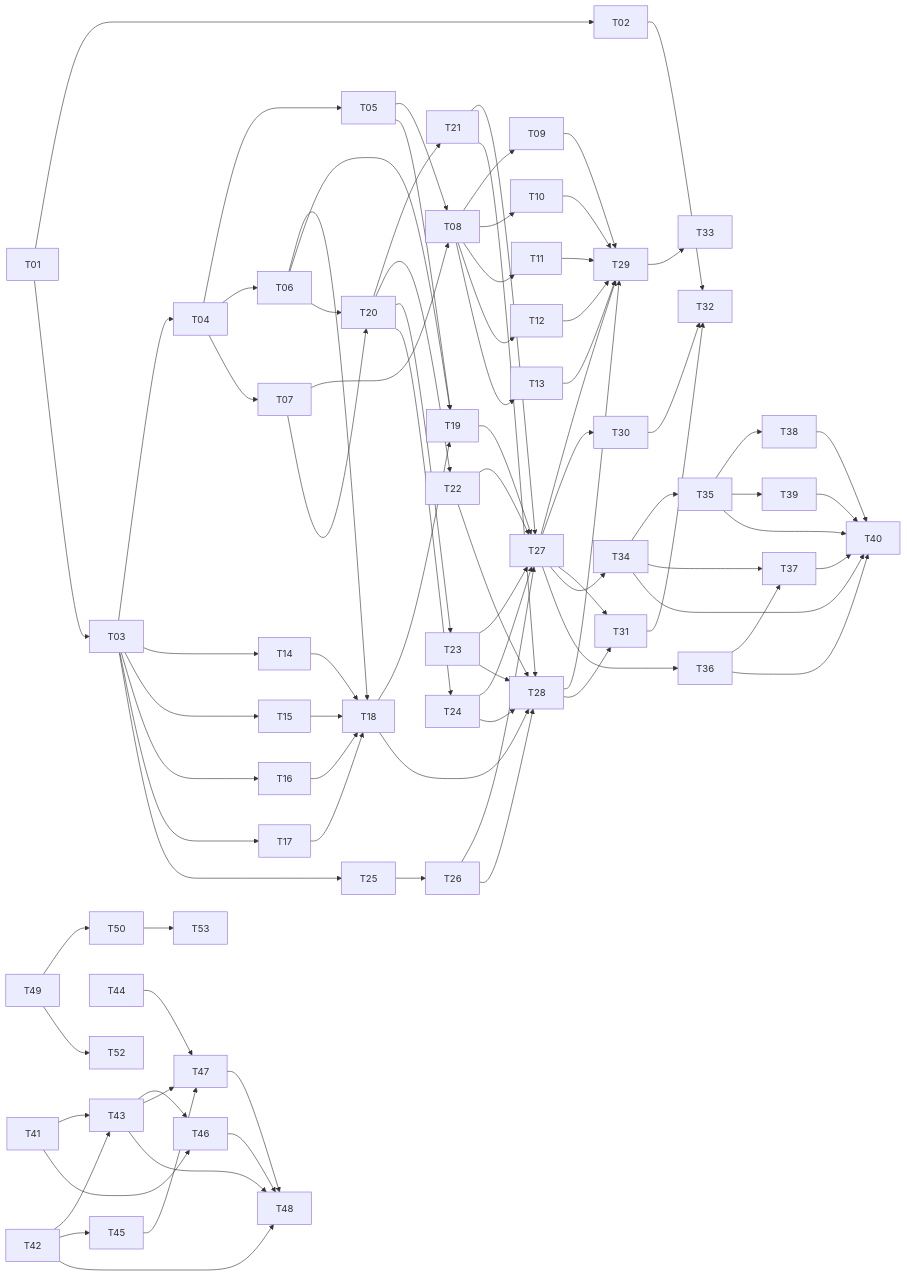
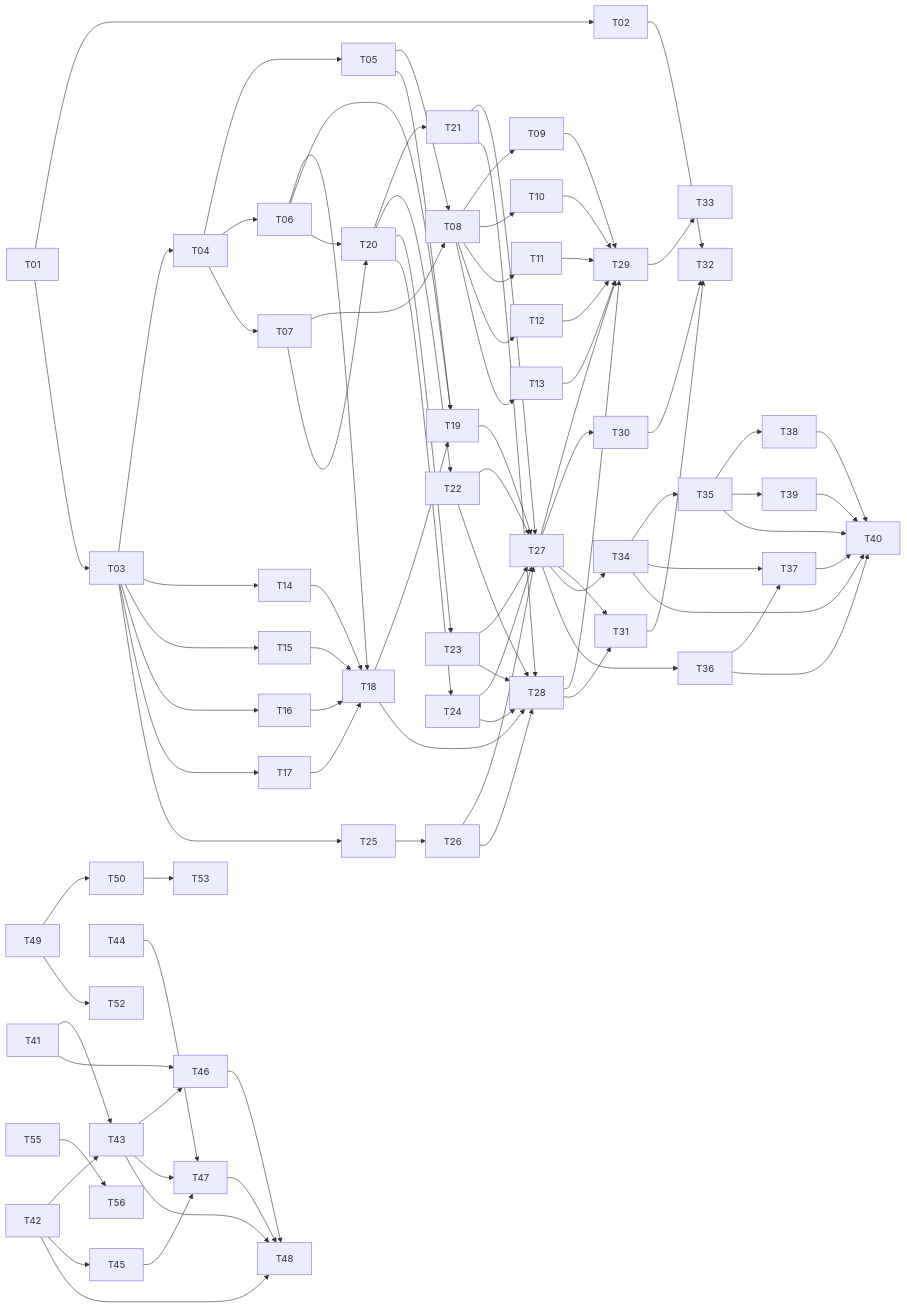
One commit to qivora-labs/agentinit changed the diagram in docs/tasks/README.md. Above: the diagram before and after it, drawn with Mermaid. The commit also changed other lines of this file and 5 other files, not shown here.

````diff
--- a/docs/tasks/README.md
+++ b/docs/tasks/README.md
@@ -46,35 +46,36 @@
 ```mermaid
 graph LR
   T01 --> T02
   T01 --> T03
   T03 --> T04
   T04 --> T05 & T06 & T07
   T05 & T07 --> T08
   T08 --> T09 & T10 & T11 & T12 & T13
   T03 --> T14 & T15 & T16 & T17
   T06 & T14 & T15 & T16 & T17 --> T18
   T05 & T06 & T18 --> T19
   T06 & T07 --> T20
   T20 --> T21 & T22 & T23 & T24
   T03 --> T25
   T25 --> T26
   T19 & T21 & T22 & T23 & T24 & T26 --> T27
   T18 & T21 & T22 & T23 & T24 & T26 --> T28
   T27 & T28 & T09 & T10 & T11 & T12 & T13 --> T29
   T27 --> T30
   T27 & T28 --> T31
   T02 & T30 & T31 --> T32
   T29 --> T33
   T27 --> T34 & T36
   T34 --> T35
   T34 & T36 --> T37
   T35 --> T38 & T39
   T34 & T35 & T36 & T37 & T38 & T39 --> T40
   T41 & T42 --> T43
   T42 --> T45
   T41 & T43 --> T46
   T43 & T44 & T45 --> T47
   T42 & T43 & T46 & T47 --> T48
   T49 --> T50 & T52
   T50 --> T53
+  T55 --> T56
 ```
````
